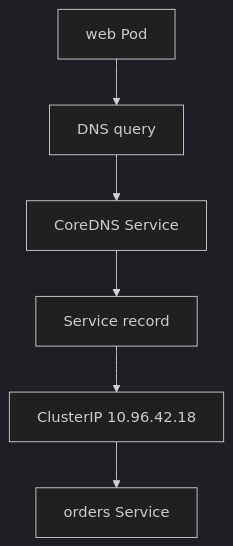
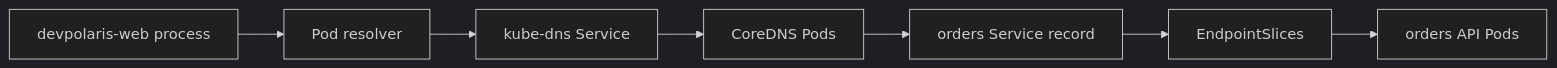
One commit to senlinyy/dev-roadmaps changed the diagram in containers-orchestration/kubernetes/networking/dns-inside-the-cluster.md. Above: the diagram before and after it, drawn with Mermaid (dark theme). The commit also changed other lines of this file and 260 other files, not shown here.

````diff
--- a/containers-orchestration/kubernetes/networking/dns-inside-the-cluster.md
+++ b/containers-orchestration/kubernetes/networking/dns-inside-the-cluster.md
@@ -29,8 +33,9 @@
 ```mermaid
-flowchart TD
-    A[web Pod] --> B[DNS query]
-    B --> C[CoreDNS Service]
-    C --> D[Service record]
-    D --> E[ClusterIP 10.96.42.18]
-    E --> F[orders Service]
+flowchart LR
+    app[devpolaris-web process] --> resolver[Pod resolver]
+    resolver --> dns[kube-dns Service]
+    dns --> coredns[CoreDNS Pods]
+    coredns --> svc[orders Service record]
+    svc --> eps[EndpointSlices]
+    eps --> pod[orders API Pods]
 ```
````
